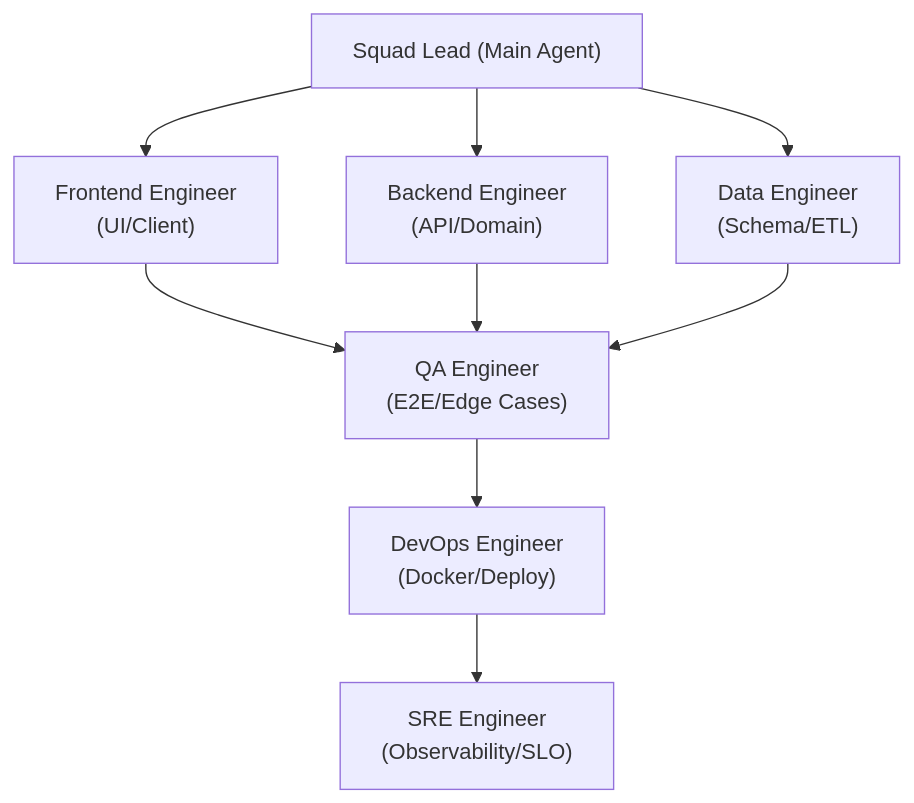
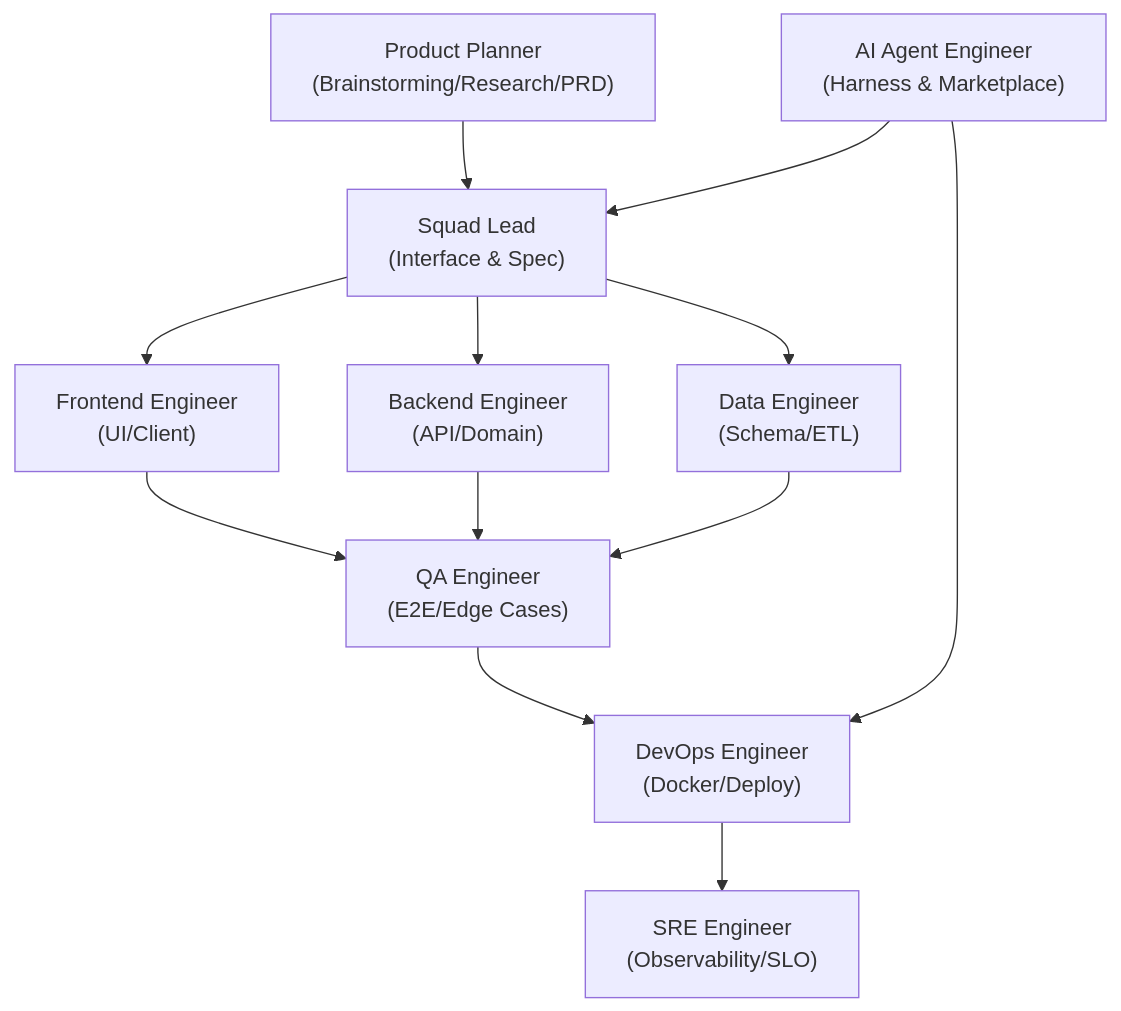
One commit to DongJinNam/dev-team-skills changed the diagram in README.md. Above: the diagram before and after it, drawn with Mermaid. The commit also changed other lines of this file and 12 other files, not shown here.

Commit message:
feat: Add Product Planner & AI Agent Engineer roles, harness engineering, and marketplace packaging

````diff
--- a/README.md
+++ b/README.md
@@ -41,9 +58,11 @@
 ```mermaid
 flowchart TD
-    Lead["Squad Lead (Main Agent)"] --> FE["Frontend Engineer\n(UI/Client)"]
+    PO["Product Planner\n(Brainstorming/Research/PRD)"] --> Lead["Squad Lead\n(Interface & Spec)"]
+    AI["AI Agent Engineer\n(Harness & Marketplace)"] --> Lead
+    Lead --> FE["Frontend Engineer\n(UI/Client)"]
     Lead --> BE["Backend Engineer\n(API/Domain)"]
     Lead --> DE["Data Engineer\n(Schema/ETL)"]
     FE & BE & DE --> QA["QA Engineer\n(E2E/Edge Cases)"]
-    QA --> DevOps["DevOps Engineer\n(Docker/Deploy)"]
+    QA & AI --> DevOps["DevOps Engineer\n(Docker/Deploy)"]
     DevOps --> SRE["SRE Engineer\n(Observability/SLO)"]
 ```
````
